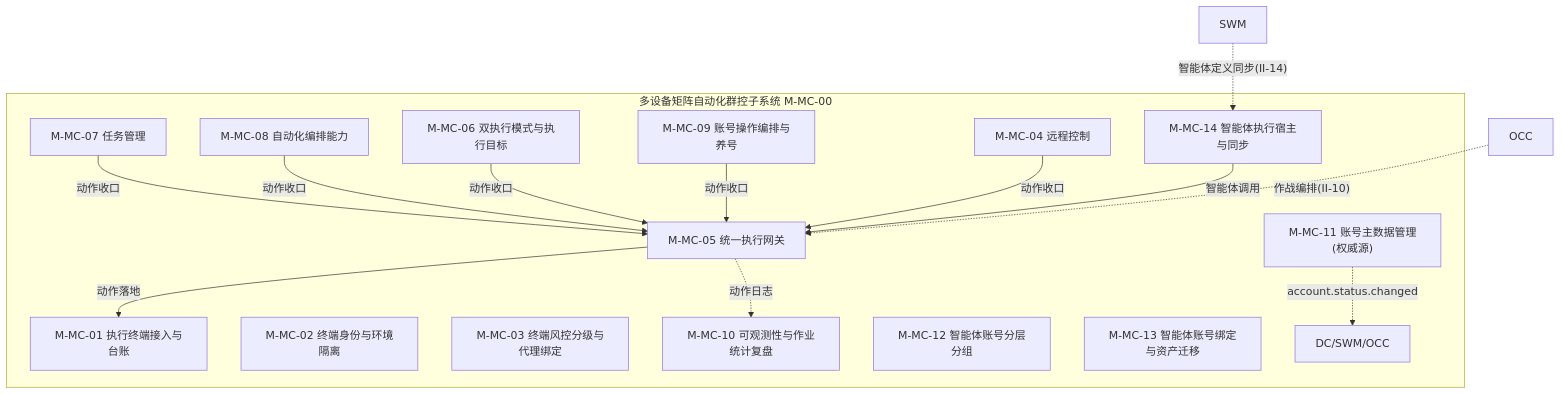
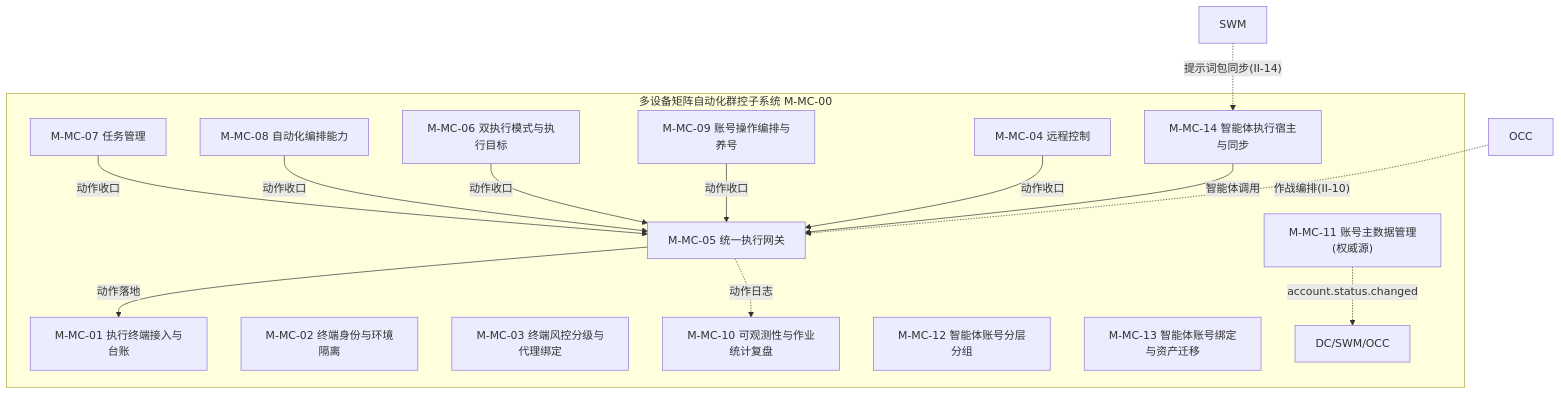
Before and after one commit to Sj-g/obsidian: the tenth of 14 diagrams in 公司项目/认知作战/文档/软件概要设计说明.md, drawn with Mermaid. The commit also changed other lines of this file and 4 other files, not shown here.

````diff
--- a/公司项目/认知作战/文档/软件概要设计说明.md
+++ b/公司项目/认知作战/文档/软件概要设计说明.md
@@ -347,26 +347,26 @@
 ```mermaid
 flowchart TB
     subgraph MC["多设备矩阵自动化群控子系统 M-MC-00"]
         MC1["M-MC-01 执行终端接入与台账"]
         MC2["M-MC-02 终端身份与环境隔离"]
         MC3["M-MC-03 终端风控分级与代理绑定"]
         MC4["M-MC-04 远程控制"]
         MC5["M-MC-05 统一执行网关"]
         MC6["M-MC-06 双执行模式与执行目标"]
         MC7["M-MC-07 任务管理"]
         MC8["M-MC-08 自动化编排能力"]
         MC9["M-MC-09 账号操作编排与养号"]
         MC10["M-MC-10 可观测性与作业统计复盘"]
         MC11["M-MC-11 账号主数据管理(权威源)"]
         MC12["M-MC-12 智能体账号分层分组"]
         MC13["M-MC-13 智能体账号绑定与资产迁移"]
         MC14["M-MC-14 智能体执行宿主与同步"]
         MC7 & MC8 & MC6 & MC9 & MC4 -->|"动作收口"| MC5
         MC14 -->|"智能体调用"| MC5
         MC5 -->|"动作落地"| MC1
         MC5 -.->|"动作日志"| MC10
         MC11 -.->|"account.status.changed"| EXT["DC/SWM/OCC"]
     end
-    SWM["SWM"] -.->|"智能体定义同步(II-14)"| MC14
+    SWM["SWM"] -.->|"提示词包同步(II-14)"| MC14
     OCC["OCC"] -.->|"作战编排(II-10)"| MC5
 ```
````
